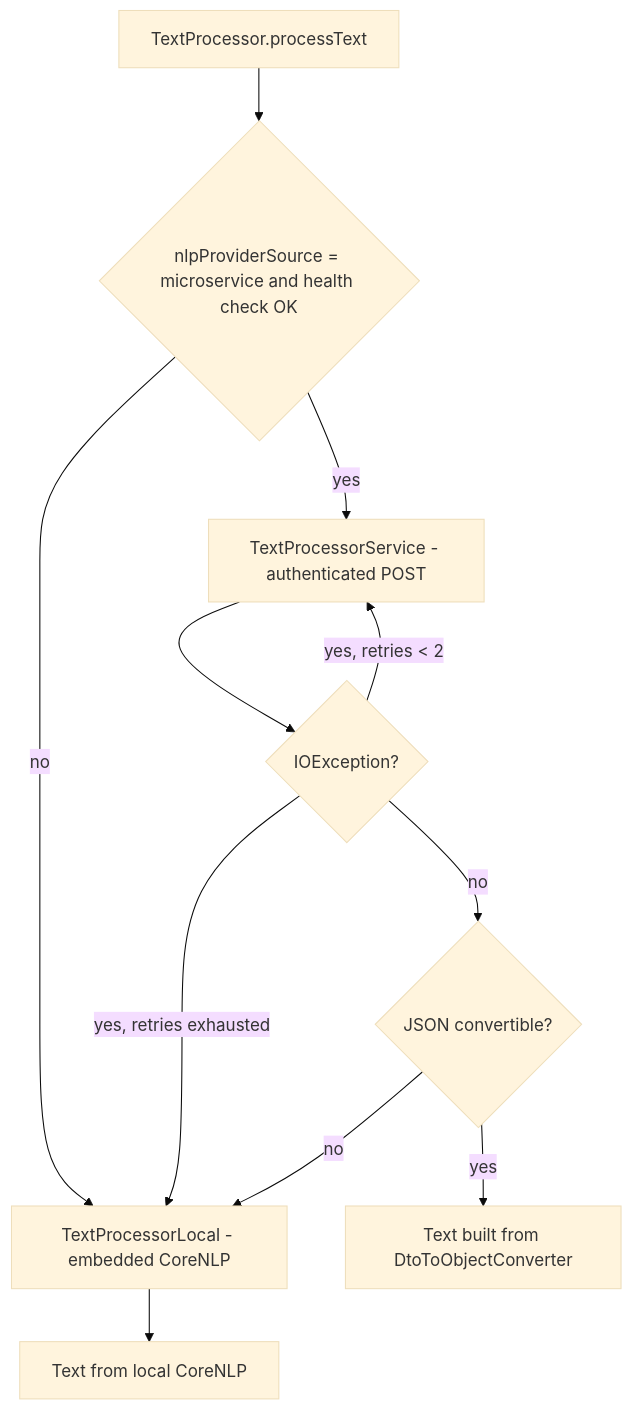
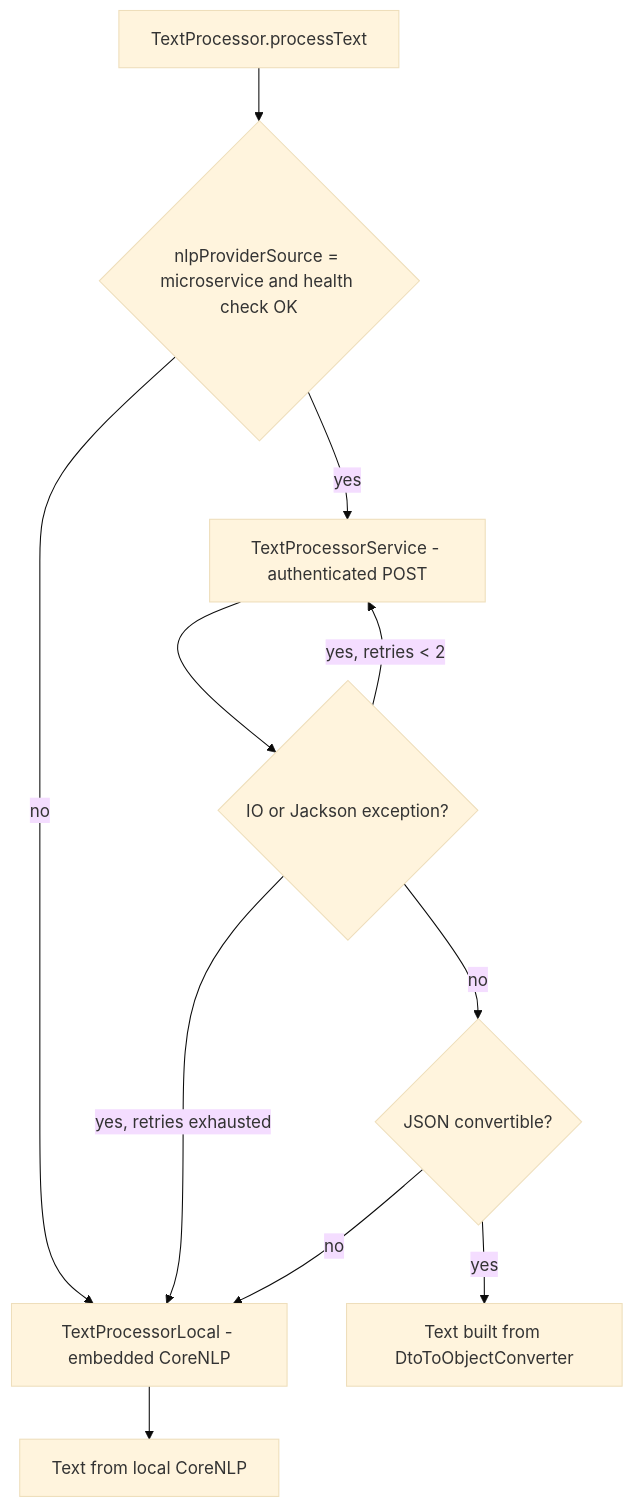
The second of 2 diagrams in openwiki/architecture.md (ardoco/ardoco), drawn with Mermaid (base theme) before and after one commit. The commit also changed other lines of this file and 20 other files, not shown here.

````diff
--- a/openwiki/architecture.md
+++ b/openwiki/architecture.md
@@ -328,13 +367,13 @@
 ```mermaid
 flowchart TD
     P["TextProcessor.processText"] --> C{"nlpProviderSource = microservice and health check OK"}
     C -- no --> L["TextProcessorLocal - embedded CoreNLP"]
     C -- yes --> S["TextProcessorService - authenticated POST"]
-    S --> E{"IOException?"}
+    S --> E{"IO or Jackson exception?"}
     E -- "yes, retries < 2" --> S
     E -- "yes, retries exhausted" --> L
     E -- "no" --> J{"JSON convertible?"}
     J -- "no" --> L
     J -- yes --> T["Text built from DtoToObjectConverter"]
     L --> T2["Text from local CoreNLP"]
 ```
````
